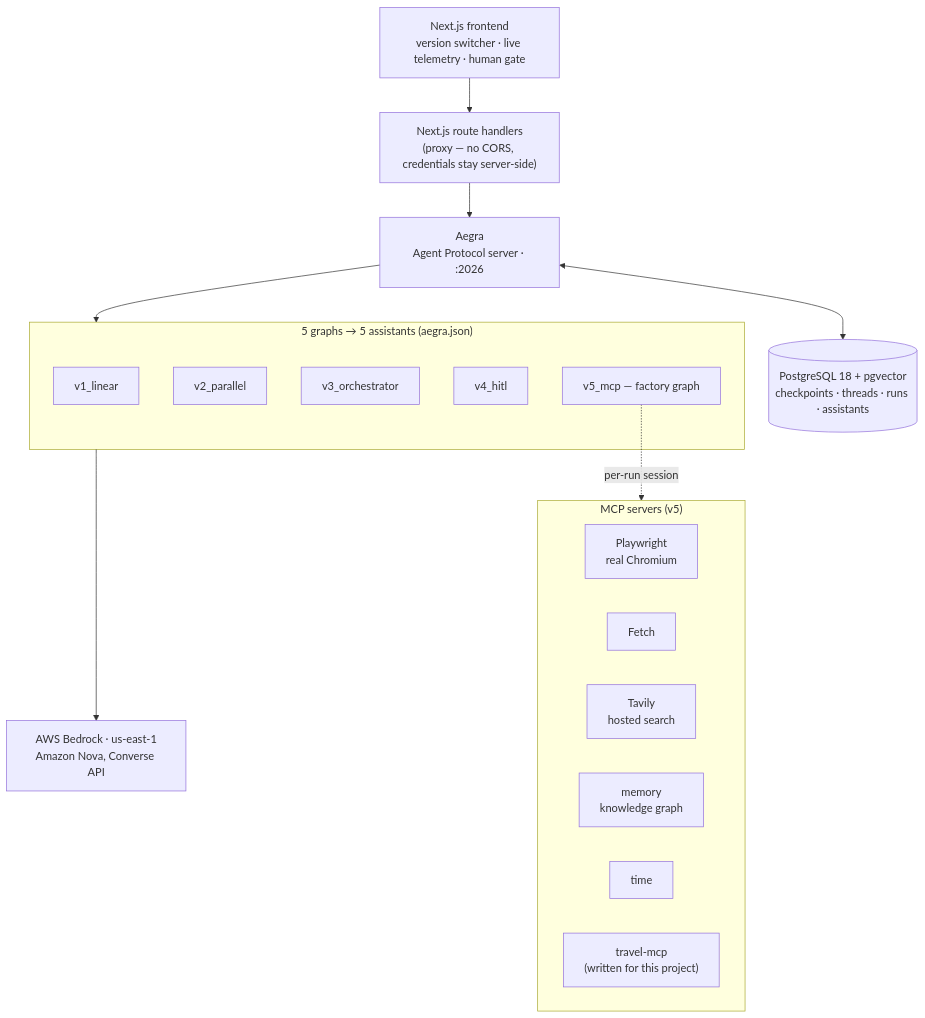
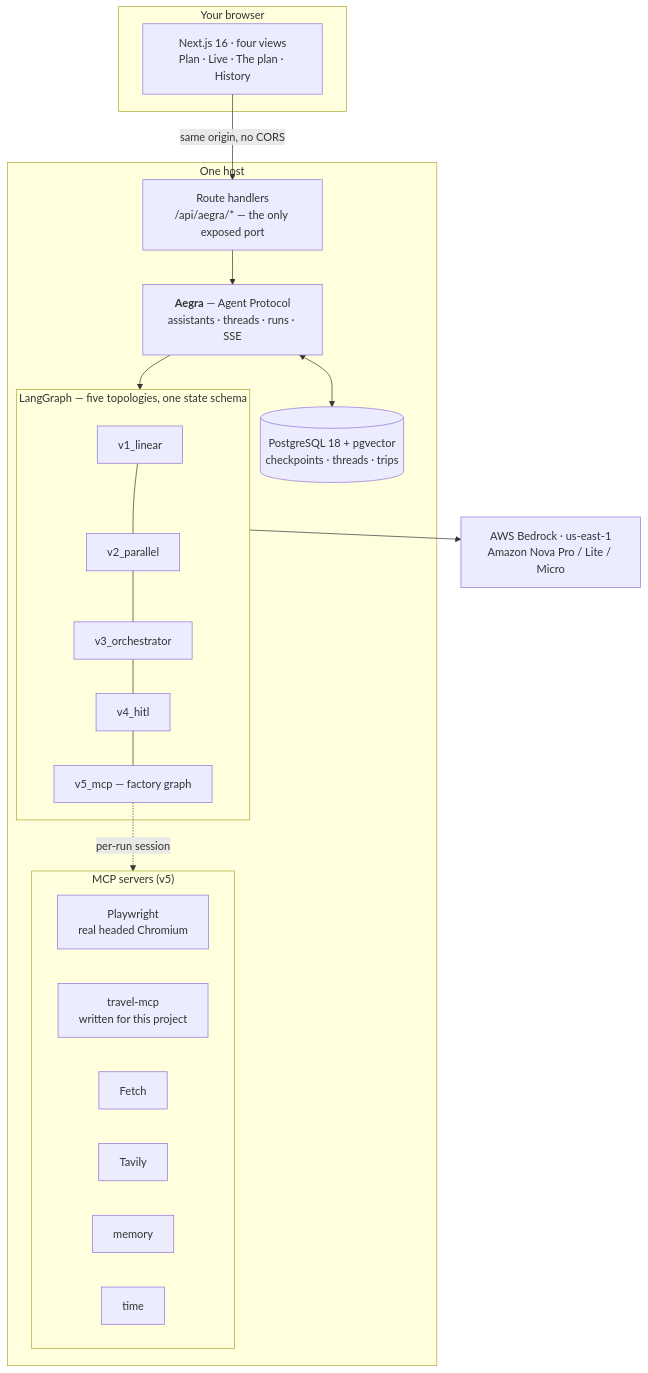
Before and after one commit to adarshcod30/Travel-Planner-Agent: the first of 2 diagrams in README.md, drawn with Mermaid. The commit also changed other lines of this file and 4 other files, not shown here.

````diff
--- a/README.md
+++ b/README.md
@@ -67,31 +150,30 @@
 ```mermaid
 flowchart TB
-    UI["Next.js frontend<br/>version switcher · live telemetry · human gate"]
-    RH["Next.js route handlers<br/>(proxy — no CORS, credentials stay server-side)"]
-    AEGRA["Aegra<br/>Agent Protocol server · :2026"]
-    PG[("PostgreSQL 18 + pgvector<br/>checkpoints · threads · runs · assistants")]
-    BR["AWS Bedrock · us-east-1<br/>Amazon Nova, Converse API"]
-
-    subgraph GRAPHS["5 graphs → 5 assistants (aegra.json)"]
-        V1["v1_linear"]
-        V2["v2_parallel"]
-        V3["v3_orchestrator"]
-        V4["v4_hitl"]
-        V5["v5_mcp — factory graph"]
+    subgraph browser["Your browser"]
+        UI["Next.js 16 · four views<br/>Plan · Live · The plan · History"]
     end
 
-    subgraph MCP["MCP servers (v5)"]
-        PW["Playwright<br/>real Chromium"]
-        FT["Fetch"]
-        TV["Tavily<br/>hosted search"]
-        MEM["memory<br/>knowledge graph"]
-        TIME["time"]
-        TM["travel-mcp<br/>(written for this project)"]
+    subgraph host["One host"]
+        RH["Route handlers<br/>/api/aegra/* — the only exposed port"]
+        AEGRA["<b>Aegra</b> — Agent Protocol<br/>assistants · threads · runs · SSE"]
+        PG[("PostgreSQL 18 + pgvector<br/>checkpoints · threads · trips")]
+
+        subgraph GRAPHS["LangGraph — five topologies, one state schema"]
+            V1["v1_linear"] --- V2["v2_parallel"] --- V3["v3_orchestrator"]
+            V3 --- V4["v4_hitl"] --- V5["v5_mcp — factory graph"]
+        end
+
+        subgraph MCP["MCP servers (v5)"]
+            PW["Playwright<br/>real headed Chromium"]
+            TM["travel-mcp<br/>written for this project"]
+            FT["Fetch"] & TV["Tavily"] & MEM["memory"] & TIME["time"]
+        end
     end
 
-    UI --> RH --> AEGRA
+    BR["AWS Bedrock · us-east-1<br/>Amazon Nova Pro / Lite / Micro"]
+
+    UI -->|"same origin, no CORS"| RH --> AEGRA
     AEGRA <--> PG
-    AEGRA --> GRAPHS
-    GRAPHS --> BR
-    V5 -.per-run session.-> MCP
+    AEGRA --> GRAPHS --> BR
+    V5 -.->|per-run session| MCP
 ```
````
